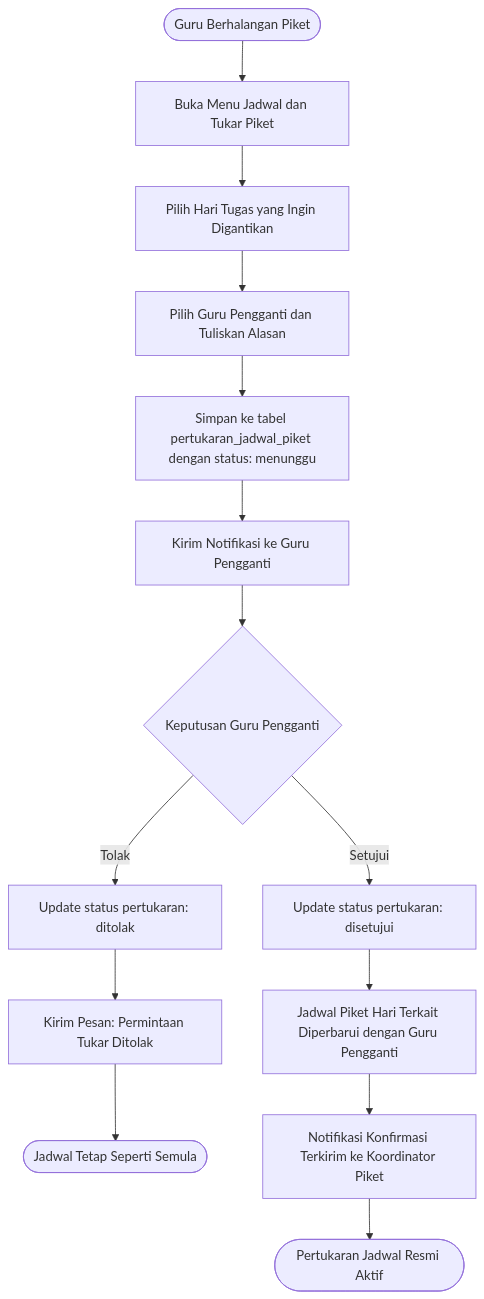
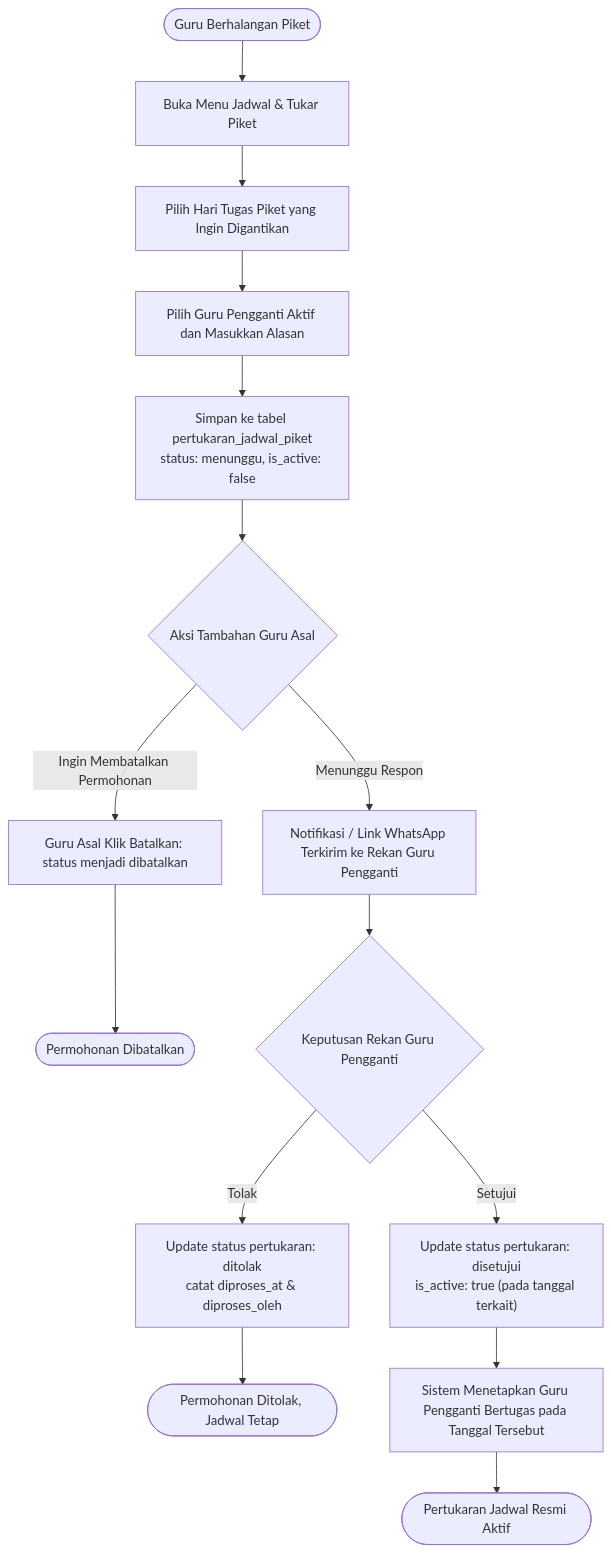
The sixth of 7 diagrams in FLOWCHART.MD (Zainal29/Didispen), drawn with Mermaid before and after one commit. The commit also changed other lines of this file and 3 other files, not shown here.

Commit message:
feat : perbarui README & FLOWCHART & ERD & SCRUM

````diff
--- a/FLOWCHART.MD
+++ b/FLOWCHART.MD
@@ -221,19 +247,21 @@
 ```mermaid
 flowchart TD
-    StartPiketSchedule(["Guru Berhalangan Piket"]) --> OpenPiketMenu["Buka Menu Jadwal dan Tukar Piket"]
-    OpenPiketMenu --> SelectDate["Pilih Hari Tugas yang Ingin Digantikan"]
-    SelectDate --> PickSubstitute["Pilih Guru Pengganti dan Tuliskan Alasan"]
-    PickSubstitute --> SendSwapReq["Simpan ke tabel pertukaran_jadwal_piket dengan status: menunggu"]
+    StartPiketSchedule(["Guru Berhalangan Piket"]) --> OpenPiketMenu["Buka Menu Jadwal & Tukar Piket"]
+    OpenPiketMenu --> SelectDate["Pilih Hari Tugas Piket yang Ingin Digantikan"]
+    SelectDate --> PickSubstitute["Pilih Guru Pengganti Aktif dan Masukkan Alasan"]
+    PickSubstitute --> SendSwapReq["Simpan ke tabel pertukaran_jadwal_piket<br/>status: menunggu, is_active: false"]
     
-    SendSwapReq --> NotifySubTeacher["Kirim Notifikasi ke Guru Pengganti"]
-    NotifySubTeacher --> SubDecision{"Keputusan Guru Pengganti"}
+    SendSwapReq --> GuruAsalOption{"Aksi Tambahan Guru Asal"}
+    GuruAsalOption -- "Ingin Membatalkan Permohonan" --> CancelSwap["Guru Asal Klik Batalkan: status menjadi dibatalkan"]
+    CancelSwap --> EndSwapCanceled(["Permohonan Dibatalkan"])
+
+    GuruAsalOption -- "Menunggu Respon" --> NotifySubTeacher["Notifikasi / Link WhatsApp Terkirim ke Rekan Guru Pengganti"]
+    NotifySubTeacher --> SubDecision{"Keputusan Rekan Guru Pengganti"}
     
-    SubDecision -- "Tolak" --> UpdateSwapReject["Update status pertukaran: ditolak"]
-    UpdateSwapReject --> NotifyAsalReject["Kirim Pesan: Permintaan Tukar Ditolak"]
-    NotifyAsalReject --> EndSwapFail(["Jadwal Tetap Seperti Semula"])
+    SubDecision -- "Tolak" --> UpdateSwapReject["Update status pertukaran: ditolak<br/>catat diproses_at & diproses_oleh"]
+    UpdateSwapReject --> EndSwapFail(["Permohonan Ditolak, Jadwal Tetap"])
 
-    SubDecision -- "Setujui" --> UpdateSwapApprove["Update status pertukaran: disetujui"]
-    UpdateSwapApprove --> SwapActiveSchedule["Jadwal Piket Hari Terkait Diperbarui dengan Guru Pengganti"]
-    SwapActiveSchedule --> NotifyAdminPiket["Notifikasi Konfirmasi Terkirim ke Koordinator Piket"]
-    NotifyAdminPiket --> EndSwapSuccess(["Pertukaran Jadwal Resmi Aktif"])
+    SubDecision -- "Setujui" --> UpdateSwapApprove["Update status pertukaran: disetujui<br/>is_active: true (pada tanggal terkait)"]
+    UpdateSwapApprove --> SwapActiveSchedule["Sistem Menetapkan Guru Pengganti Bertugas pada Tanggal Tersebut"]
+    SwapActiveSchedule --> EndSwapSuccess(["Pertukaran Jadwal Resmi Aktif"])
 ```
````
